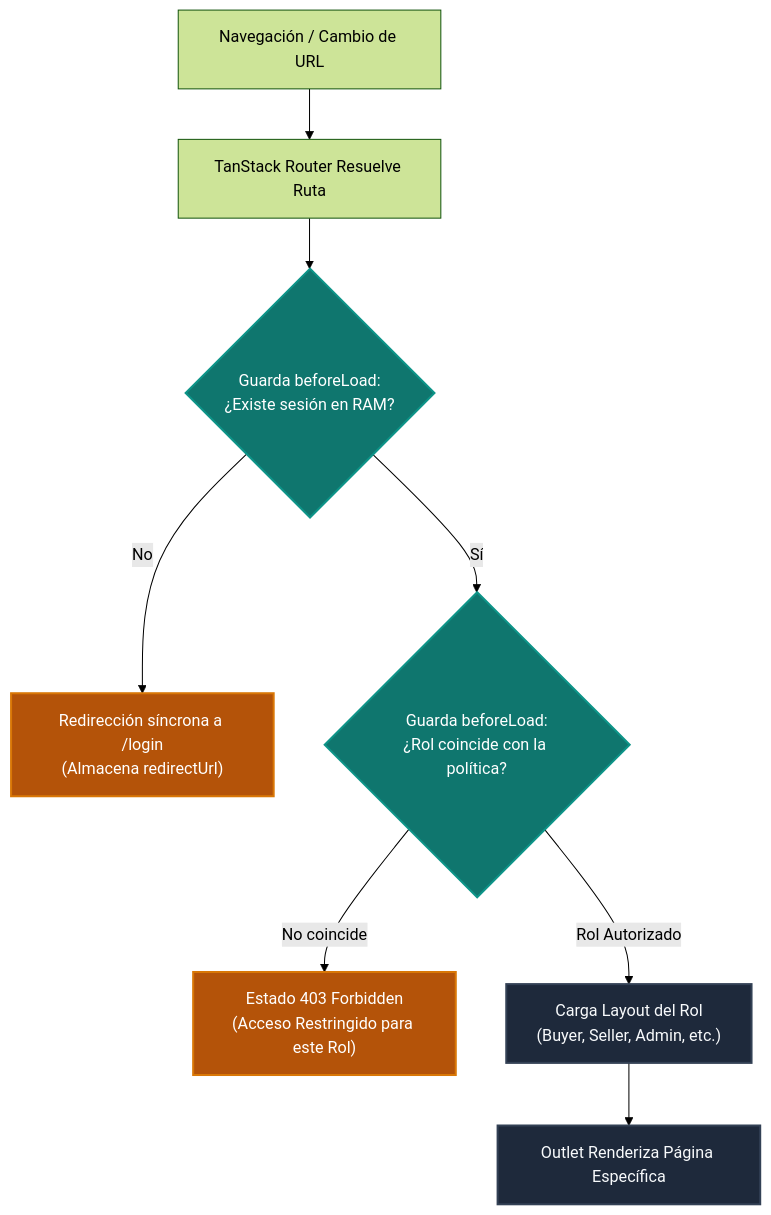
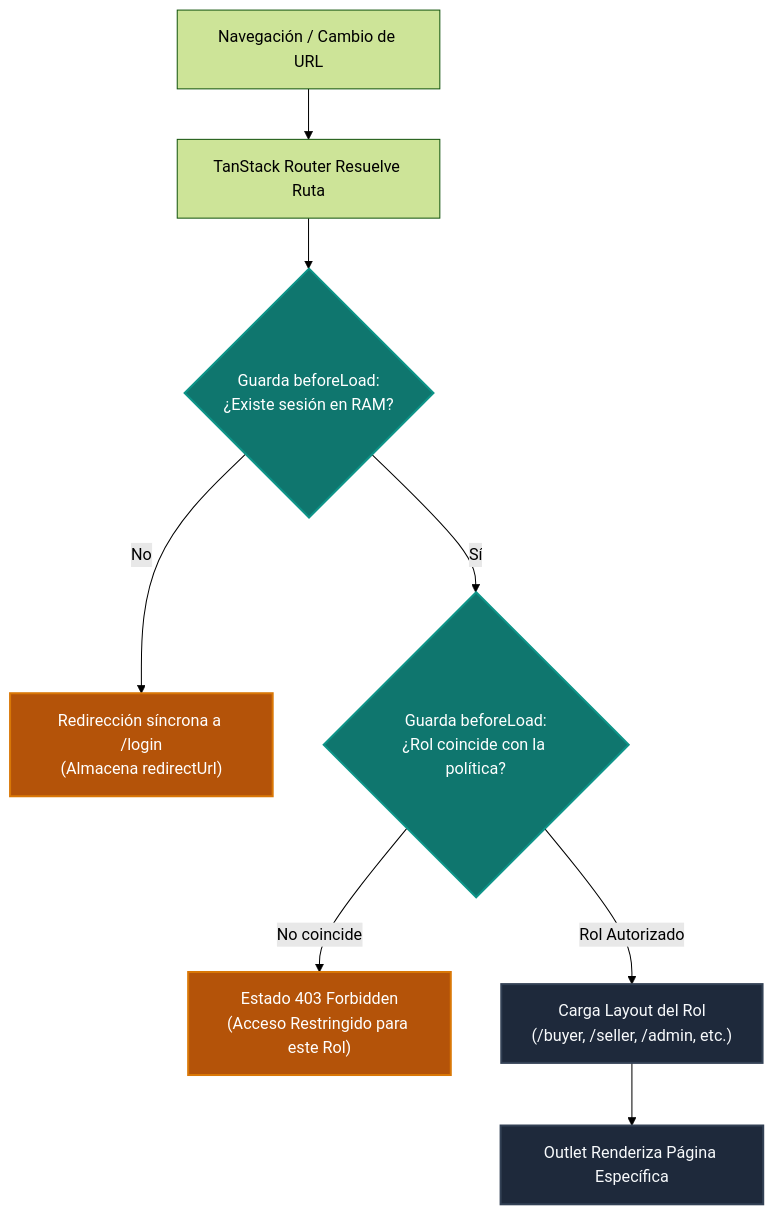
Before and after one commit to D-MachadoDev/Zentric: the third of 3 diagrams in frontendSDD/C4-4-Codigo-React.md, drawn with Mermaid (forest theme). The commit also changed other lines of this file and 12 other files, not shown here.

````diff
--- a/frontendSDD/C4-4-Codigo-React.md
+++ b/frontendSDD/C4-4-Codigo-React.md
@@ -124,20 +124,20 @@
 ```mermaid
 flowchart TD
   url["Navegación / Cambio de URL"] --> resolve["TanStack Router Resuelve Ruta"]
   resolve --> guardAuth{"Guarda beforeLoad:<br/>¿Existe sesión en RAM?"}
 
   guardAuth -->|"No"| redirectLogin["Redirección síncrona a /login<br/>(Almacena redirectUrl)"]
   guardAuth -->|"Sí"| guardRole{"Guarda beforeLoad:<br/>¿Rol coincide con la política?"}
 
   guardRole -->|"No coincide"| stateForbidden["Estado 403 Forbidden<br/>(Acceso Restringido para este Rol)"]
-  guardRole -->|"Rol Autorizado"| layout["Carga Layout del Rol<br/>(Buyer, Seller, Admin, etc.)"]
+  guardRole -->|"Rol Autorizado"| layout["Carga Layout del Rol<br/>(/buyer, /seller, /admin, etc.)"]
   layout --> outlet["Outlet Renderiza Página Específica"]
 
   classDef check fill:#0f766e,stroke:#0d9488,stroke-width:2px,color:#ffffff;
   classDef ok fill:#1e293b,stroke:#334155,stroke-width:2px,color:#f8fafc;
   classDef warn fill:#b45309,stroke:#d97706,stroke-width:2px,color:#ffffff;
 
   class guardAuth,guardRole check;
   class layout,outlet ok;
   class redirectLogin,stateForbidden warn;
 ```
````
